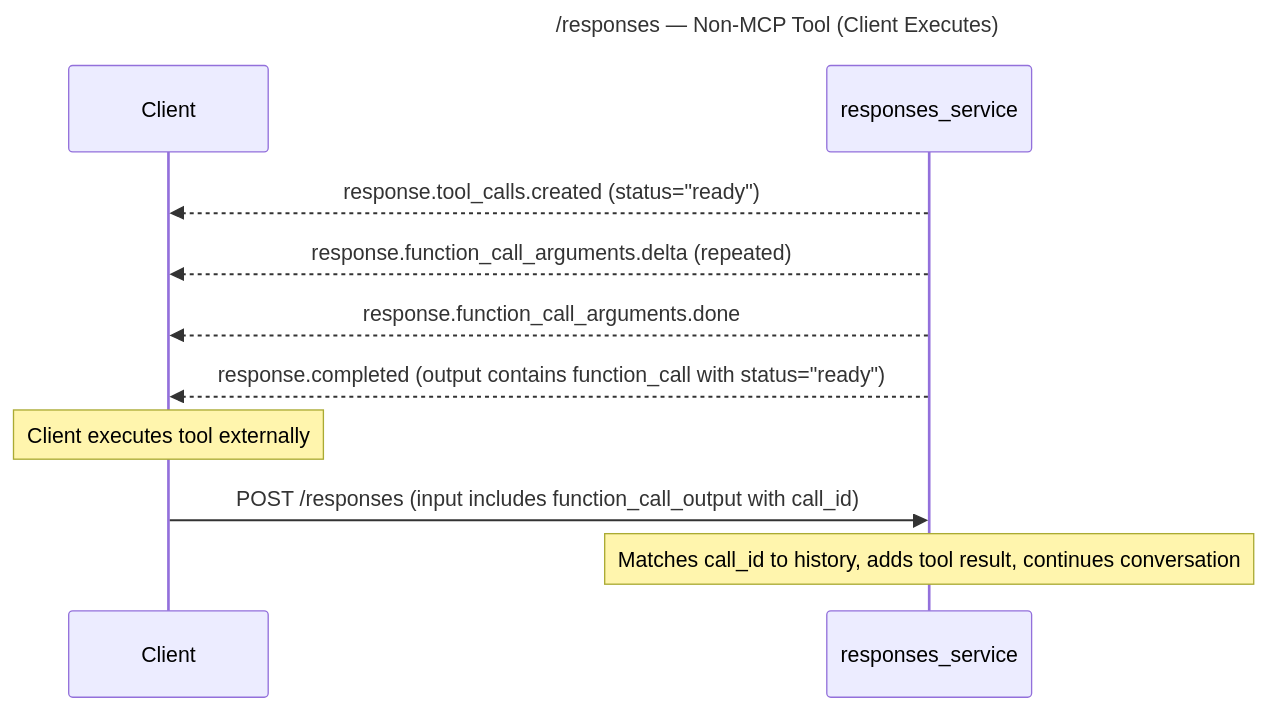
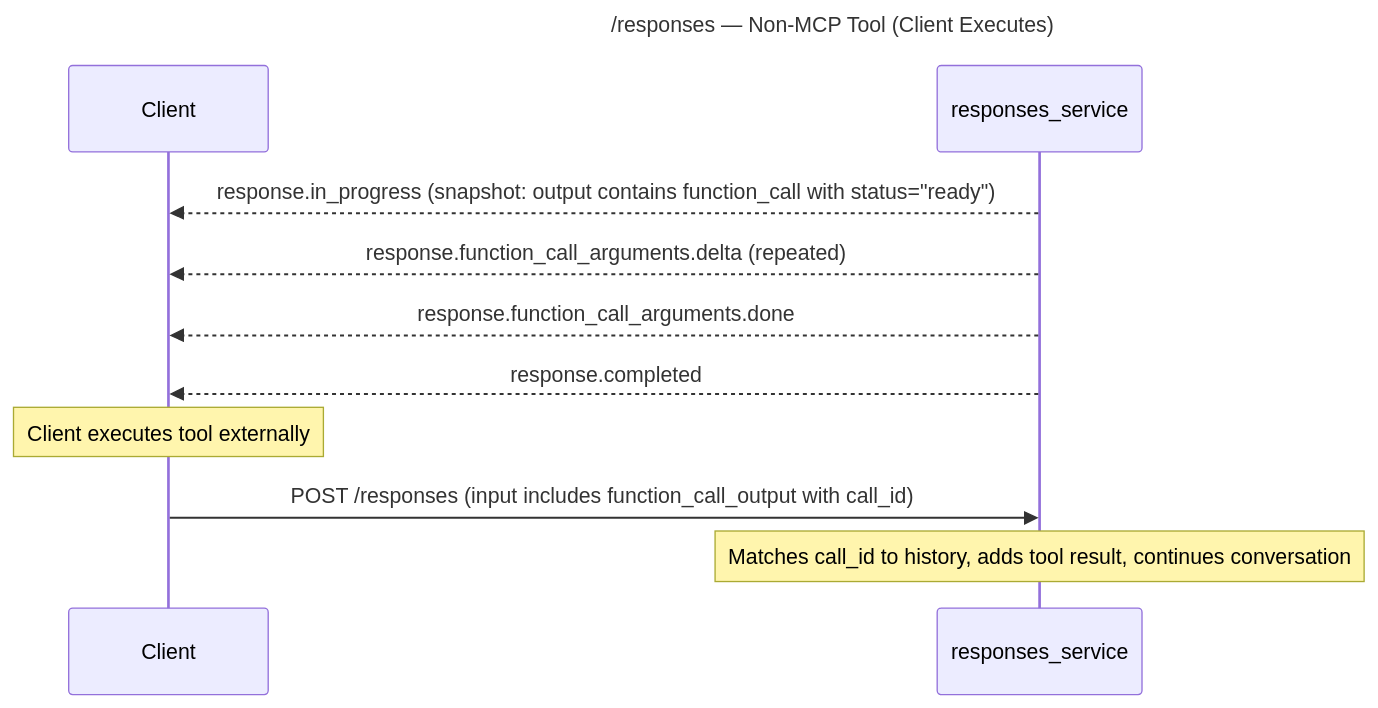
Before and after one commit to teabranch/open-responses-server: the third of 4 diagrams in docs/responses_flow.md, drawn with Mermaid. The commit also changed other lines of this file and 8 other files, not shown here.

````diff
--- a/docs/responses_flow.md
+++ b/docs/responses_flow.md
@@ -130,17 +129,17 @@
 ```mermaid
 sequenceDiagram
     title /responses — Non-MCP Tool (Client Executes)
 
     participant Client
     participant RS as responses_service
 
-    RS-->>Client: response.tool_calls.created (status="ready")
+    RS-->>Client: response.in_progress (snapshot: output contains function_call with status="ready")
     RS-->>Client: response.function_call_arguments.delta (repeated)
     RS-->>Client: response.function_call_arguments.done
-    RS-->>Client: response.completed (output contains function_call with status="ready")
+    RS-->>Client: response.completed
 
     Note over Client: Client executes tool externally
 
     Client->>RS: POST /responses (input includes function_call_output with call_id)
     Note over RS: Matches call_id to history, adds tool result, continues conversation
 ```
````
